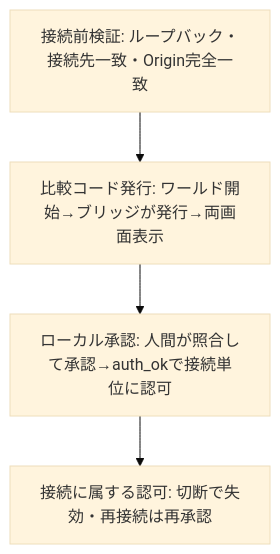
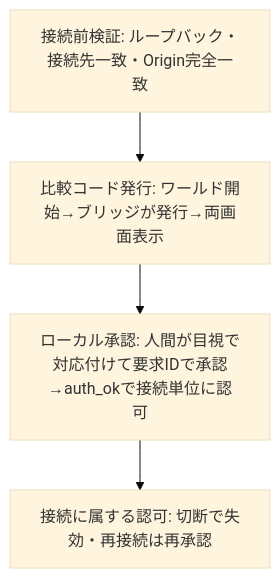
One commit to WebXR-JP/xrift-bridge changed the first of 2 diagrams in design/protocol.md. Above: the diagram before and after it, drawn with Mermaid (base theme). The commit also changed other lines of this file and 42 other files, not shown here.

````diff
--- a/design/protocol.md
+++ b/design/protocol.md
@@ -119,6 +119,6 @@
 ```mermaid
 flowchart TD
     A[接続前検証: ループバック・接続先一致・Origin完全一致] --> B[比較コード発行: ワールド開始→ブリッジが発行→両画面表示]
-    B --> C[ローカル承認: 人間が照合して承認→auth_okで接続単位に認可]
+    B --> C[ローカル承認: 人間が目視で対応付けて要求IDで承認→auth_okで接続単位に認可]
     C --> D[接続に属する認可: 切断で失効・再接続は再承認]
 ```
````
